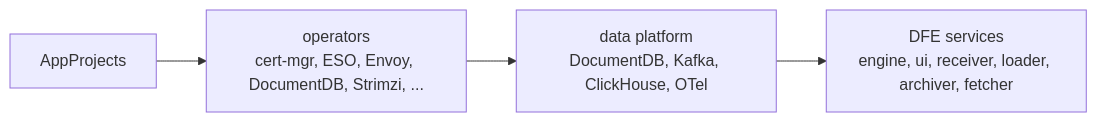
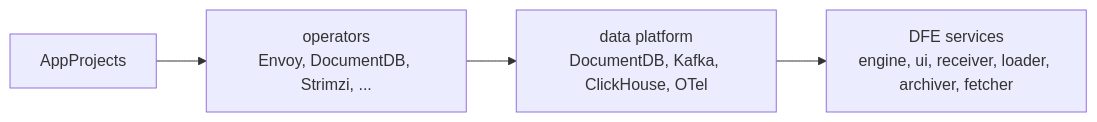
One commit to hyperi-io/dfe-infra changed the first of 2 diagrams in docs/deployment/on-prem.md. Above: the diagram before and after it, drawn with Mermaid. The commit also changed 37 other files, not shown here.

````diff
--- a/docs/deployment/on-prem.md
+++ b/docs/deployment/on-prem.md
@@ -73,6 +73,6 @@
 ```mermaid
 flowchart LR
-  W1["AppProjects"] --> W2["operators<br/>cert-mgr, ESO, Envoy, DocumentDB, Strimzi, ..."]
+  W1["AppProjects"] --> W2["operators<br/>Envoy, DocumentDB, Strimzi, ..."]
   W2 --> W4["data platform<br/>DocumentDB, Kafka, ClickHouse, OTel"]
   W4 --> W5["DFE services<br/>engine, ui, receiver, loader, archiver, fetcher"]
 ```
````
